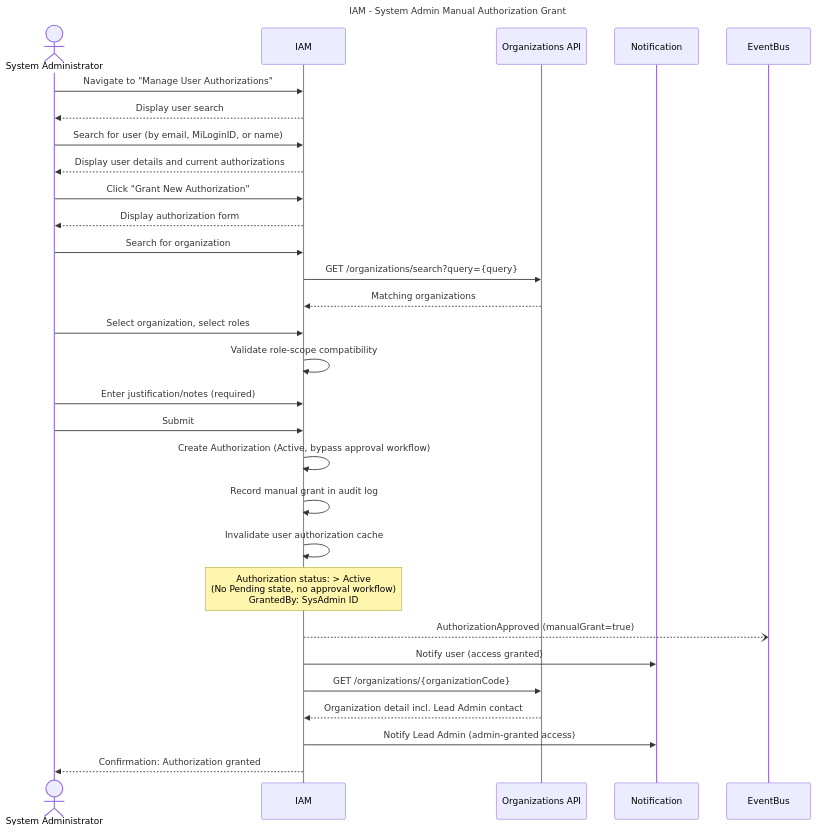
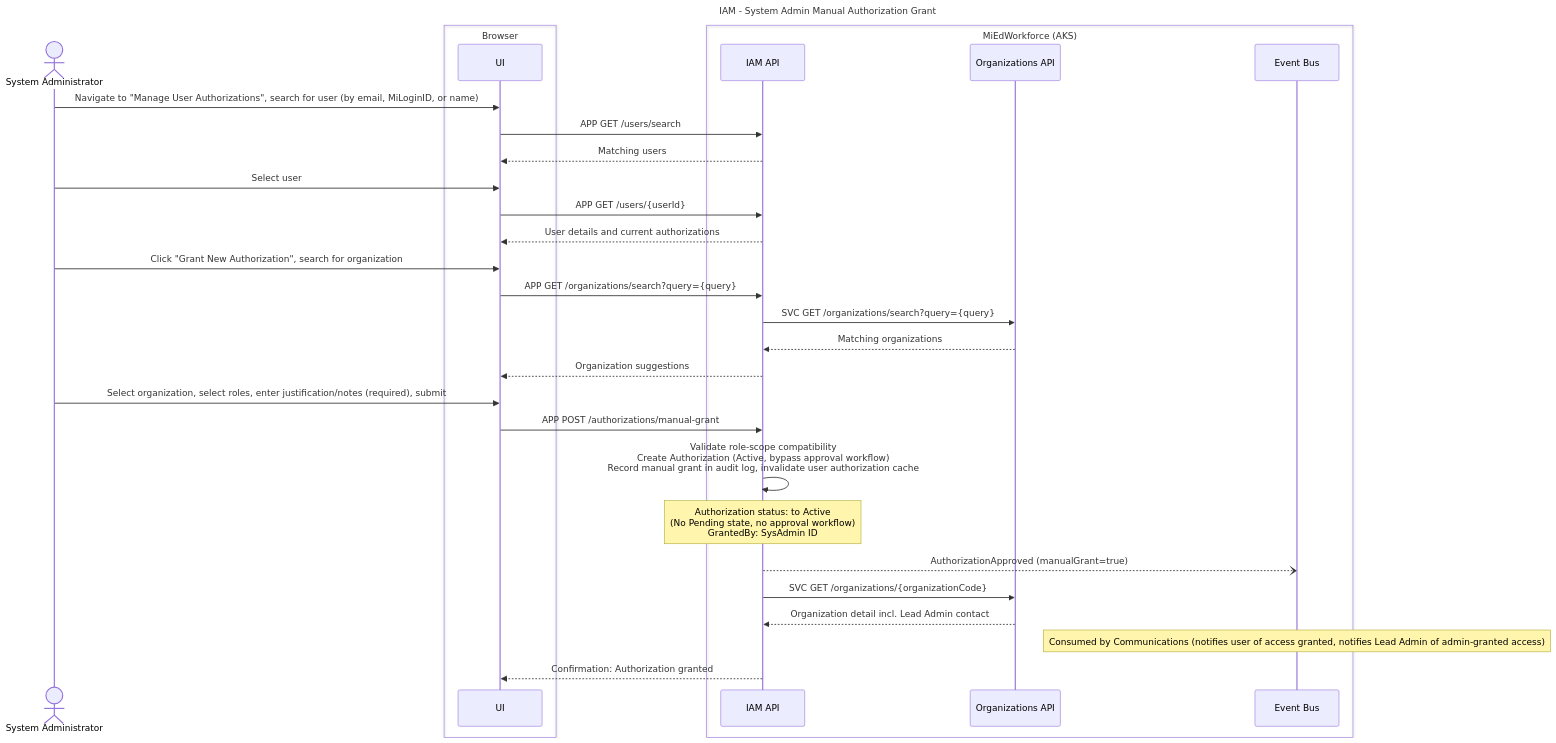
Diagram 14 of 23 in working-docs/solution-areas/iam/iam-sequences.md (mnichols-dl/mied-design), drawn with Mermaid before and after one commit. The commit also changed other lines of this file and 34 other files, not shown here.

Commit message:
Update sequences and perform RTM assessment

````diff
--- a/working-docs/solution-areas/iam/iam-sequences.md
+++ b/working-docs/solution-areas/iam/iam-sequences.md
@@ -770,45 +797,44 @@
 ```mermaid
 ---
 title: IAM - System Admin Manual Authorization Grant
 ---
 sequenceDiagram
     actor SysAdmin as System Administrator
-    participant IAM
-    participant OrgsAPI as Organizations API
-    participant Notification
-    participant EventBus
-    
-    SysAdmin->>IAM: Navigate to "Manage User Authorizations"
-    IAM-->>SysAdmin: Display user search
-    
-    SysAdmin->>IAM: Search for user (by email, MiLoginID, or name)
-    IAM-->>SysAdmin: Display user details and current authorizations
-    
-    SysAdmin->>IAM: Click "Grant New Authorization"
-    IAM-->>SysAdmin: Display authorization form
-    
-    SysAdmin->>IAM: Search for organization
-    IAM->>OrgsAPI: GET /organizations/search?query={query}
-    OrgsAPI-->>IAM: Matching organizations
-    
-    SysAdmin->>IAM: Select organization, select roles
-    IAM->>IAM: Validate role-scope compatibility
-    
-    SysAdmin->>IAM: Enter justification/notes (required)
-    SysAdmin->>IAM: Submit
-    
-    IAM->>IAM: Create Authorization (Active, bypass approval workflow)
-    IAM->>IAM: Record manual grant in audit log
-    IAM->>IAM: Invalidate user authorization cache
-    
-    Note over IAM: Authorization status: > Active<br/>(No Pending state, no approval workflow)<br/>GrantedBy: SysAdmin ID
-    
-    IAM--)EventBus: AuthorizationApproved (manualGrant=true)
-    IAM->>Notification: Notify user (access granted)
-    
-    IAM->>OrgsAPI: GET /organizations/{organizationCode}
-    OrgsAPI-->>IAM: Organization detail incl. Lead Admin contact
-    IAM->>Notification: Notify Lead Admin (admin-granted access)
-    
-    IAM-->>SysAdmin: Confirmation: Authorization granted
+    box Browser
+    participant UI
+    end
+    box MiEdWorkforce (AKS)
+    participant IamApi as IAM API
+    participant OrgsApi as Organizations API
+    participant EventBus as Event Bus
+    end
+
+    SysAdmin->>UI: Navigate to "Manage User Authorizations", search for user (by email, MiLoginID, or name)
+    UI->>IamApi: APP GET /users/search
+    IamApi-->>UI: Matching users
+
+    SysAdmin->>UI: Select user
+    UI->>IamApi: APP GET /users/{userId}
+    IamApi-->>UI: User details and current authorizations
+
+    SysAdmin->>UI: Click "Grant New Authorization", search for organization
+    UI->>IamApi: APP GET /organizations/search?query={query}
+    IamApi->>OrgsApi: SVC GET /organizations/search?query={query}
+    OrgsApi-->>IamApi: Matching organizations
+    IamApi-->>UI: Organization suggestions
+
+    SysAdmin->>UI: Select organization, select roles, enter justification/notes (required), submit
+    UI->>IamApi: APP POST /authorizations/manual-grant
+
+    IamApi->>IamApi: Validate role-scope compatibility<br/>Create Authorization (Active, bypass approval workflow)<br/>Record manual grant in audit log, invalidate user authorization cache
+
+    Note over IamApi: Authorization status: to Active<br/>(No Pending state, no approval workflow)<br/>GrantedBy: SysAdmin ID
+
+    IamApi--)EventBus: AuthorizationApproved (manualGrant=true)
+
+    IamApi->>OrgsApi: SVC GET /organizations/{organizationCode}
+    OrgsApi-->>IamApi: Organization detail incl. Lead Admin contact
+    Note over EventBus: Consumed by Communications (notifies user of access granted, notifies Lead Admin of admin-granted access)
+
+    IamApi-->>UI: Confirmation: Authorization granted
 ```
````
